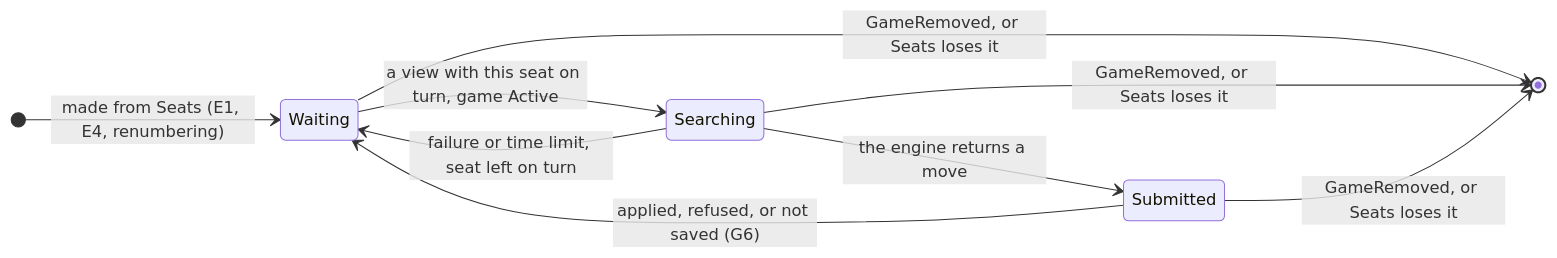
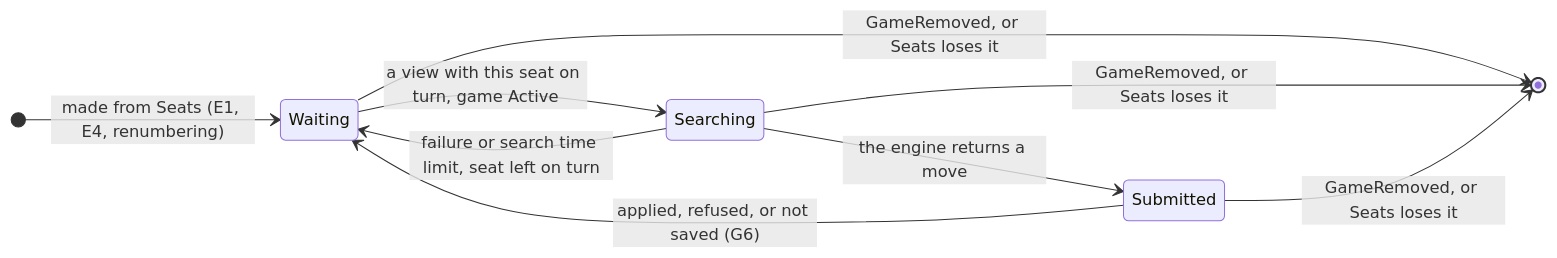
Before and after one commit to delphside/programme: the first of 3 diagrams in applications/tile-lite-elite/3.1.7-changes/workstreams/application-game-architecture/71-one-game-model/71-life-histories.md, drawn with Mermaid. The commit also changed other lines of this file, not shown here.

````diff
--- a/applications/tile-lite-elite/3.1.7-changes/workstreams/application-game-architecture/71-one-game-model/71-life-histories.md
+++ b/applications/tile-lite-elite/3.1.7-changes/workstreams/application-game-architecture/71-one-game-model/71-life-histories.md
@@ -157,12 +161,12 @@
 ```mermaid
 stateDiagram-v2
     direction LR
     [*] --> Waiting: made from Seats (E1, E4, renumbering)
     Waiting --> Searching: a view with this seat on turn, game Active
     Searching --> Submitted: the engine returns a move
-    Searching --> Waiting: failure or time limit, seat left on turn
+    Searching --> Waiting: failure or search time limit, seat left on turn
     Submitted --> Waiting: applied, refused, or not saved (G6)
     Waiting --> [*]: GameRemoved, or Seats loses it
     Searching --> [*]: GameRemoved, or Seats loses it
     Submitted --> [*]: GameRemoved, or Seats loses it
 ```
````
